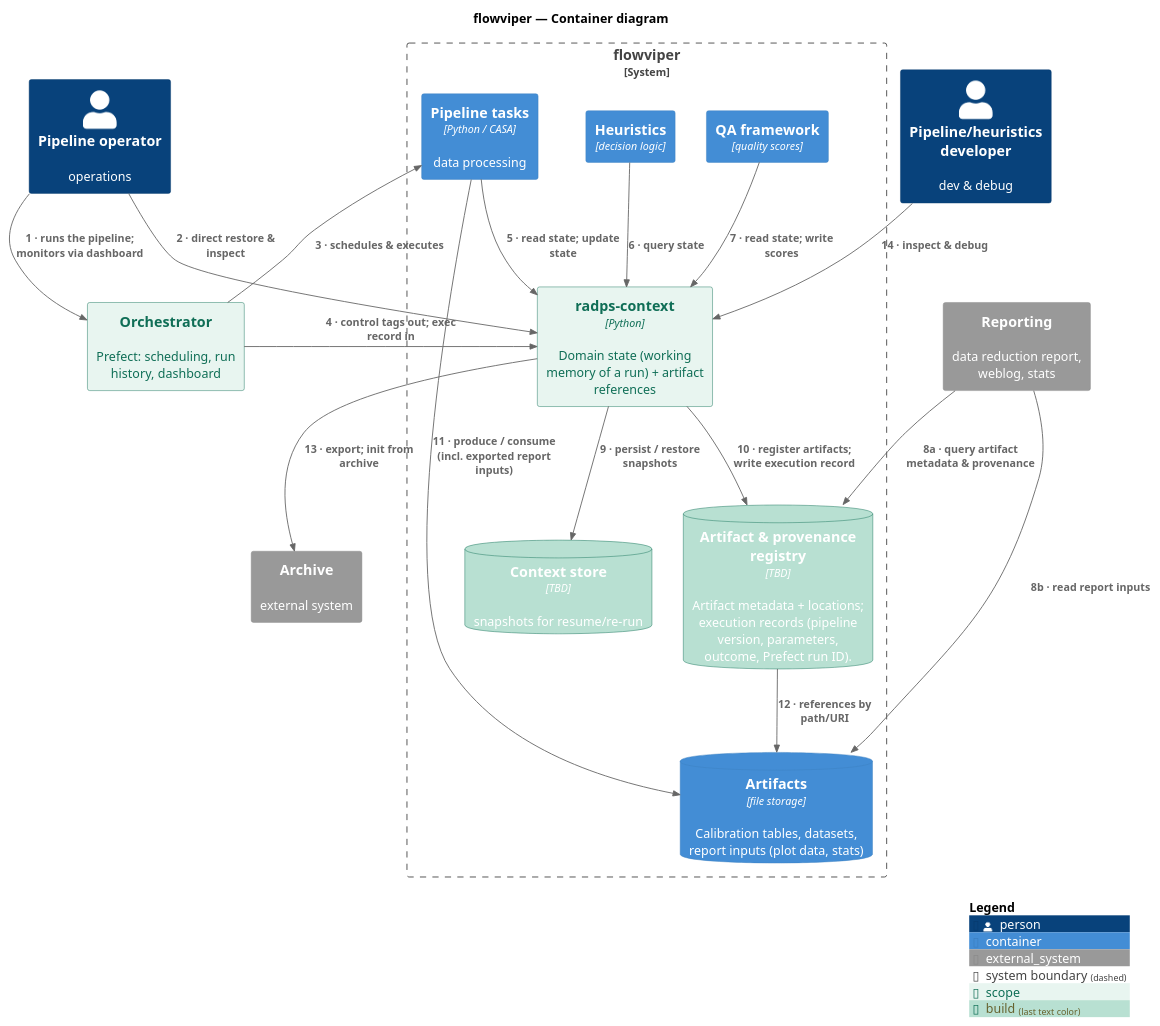
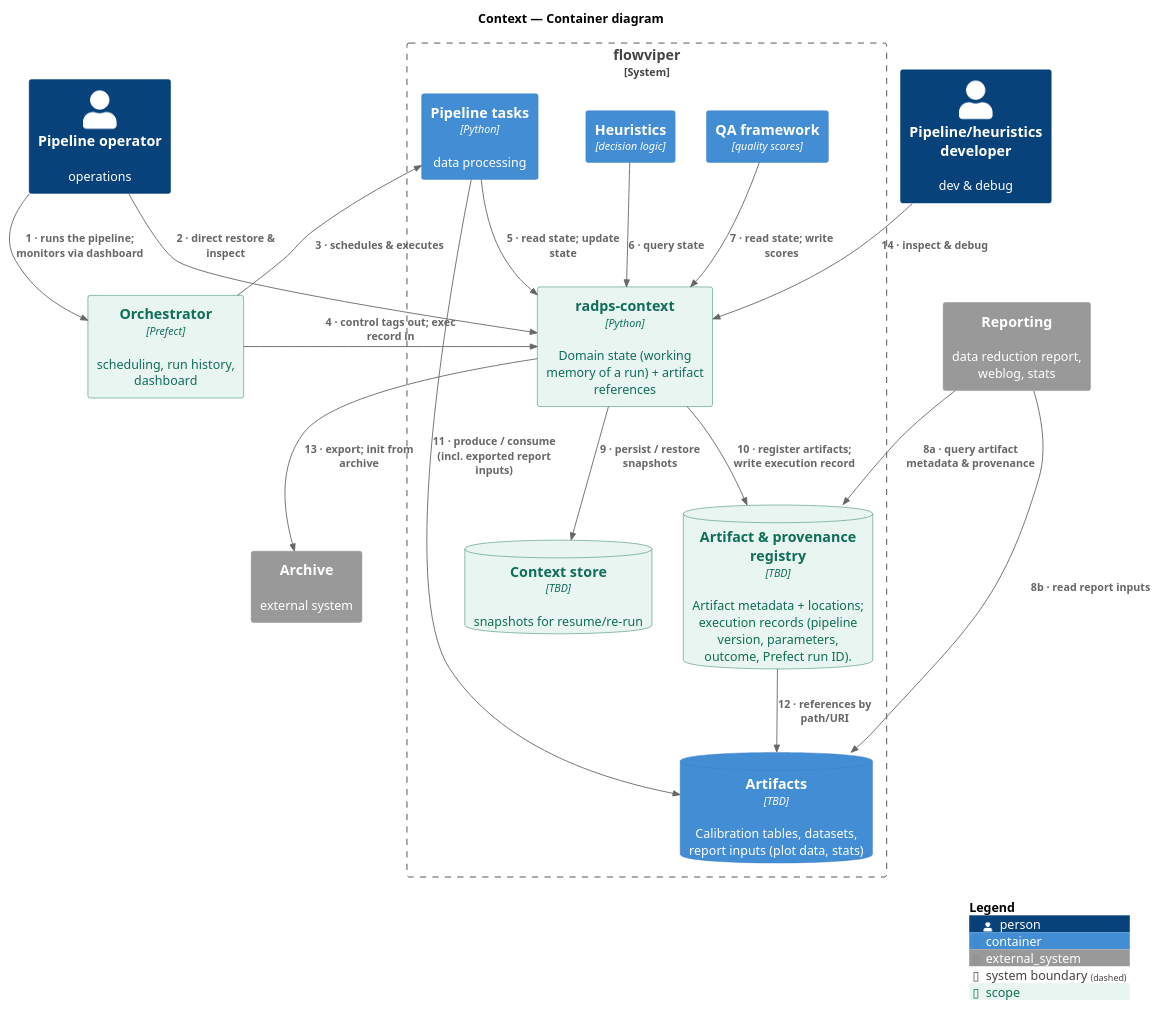
The diagram in docs/diagrams/container_diagram.puml (casangi/radps-context), drawn with PlantUML before and after one commit. The commit also changed 1 other file, not shown here.

Commit message:
Remove unneeded build color from container diagram. Clean up labelling

```diff
--- a/docs/diagrams/container_diagram.puml
+++ b/docs/diagrams/container_diagram.puml
@@ -1,45 +1,44 @@
 @startuml
 !include https://raw.githubusercontent.com/plantuml-stdlib/C4-PlantUML/master/C4_Container.puml
 
 ' --- tags ---
 AddElementTag("scope", $bgColor="#E8F5F0", $borderColor="#0F6E56", $fontColor="#0F6E56")
-AddElementTag("build", $bgColor="#B8E0D2", $borderColor="#0F6E56")
 
-title flowviper — Container diagram 
+title Context — Container diagram 
 
 Person(operator, "Pipeline operator", "operations")
 Person(developer, "Pipeline/heuristics developer", "dev & debug")
 
-System_Ext(orchestrator, "Orchestrator", "Prefect: scheduling, run history, dashboard", $tags="scope")
+Container(orchestrator, "Orchestrator", "Prefect", "scheduling, run history, dashboard", $tags="scope")
 System_Ext(reporting, "Reporting", "data reduction report, weblog, stats")
 System_Ext(archive, "Archive", "external system")
 
 System_Boundary(pipeline, "flowviper") {
-  Container(radps_context, "radps-context", "Python", "Domain state (working memory of a run) + artifact references", $tags="scope+build")
-  Container(tasks, "Pipeline tasks", "Python / CASA", "data processing")
+  Container(radps_context, "radps-context", "Python", "Domain state (working memory of a run) + artifact references", $tags="scope")
+  Container(tasks, "Pipeline tasks", "Python", "data processing")
   Container(heuristics, "Heuristics", "decision logic")
   Container(qa, "QA framework", "quality scores")
-  ContainerDb(context_db, "Context store", "TBD", "snapshots for resume/re-run", $tags="build")
-  ContainerDb(registry, "Artifact & provenance registry", "TBD", "Artifact metadata + locations; execution records (pipeline version, parameters, outcome, Prefect run ID).", $tags="build")
-  ContainerDb(artifacts, "Artifacts", "file storage", "Calibration tables, datasets, report inputs (plot data, stats)")
+  ContainerDb(context_db, "Context store", "TBD", "snapshots for resume/re-run", $tags="scope")
+  ContainerDb(registry, "Artifact & provenance registry", "TBD", "Artifact metadata + locations; execution records (pipeline version, parameters, outcome, Prefect run ID).", $tags="scope")
+  ContainerDb(artifacts, "Artifacts", "TBD", "Calibration tables, datasets, report inputs (plot data, stats)")
 }
 
 ' --- relationships ---
 Rel(operator, orchestrator, "1 · runs the pipeline; monitors via dashboard")
 Rel(operator, radps_context, "2 · direct restore & inspect")
 Rel(orchestrator, tasks, "3 · schedules & executes")
 Rel_U(orchestrator, radps_context, "4 · control tags out; exec record in")
 Rel(tasks, radps_context, "5 · read state; update state")
 Rel(heuristics, radps_context, "6 · query state")
 Rel(qa, radps_context, "7 · read state; write scores")
 Rel(reporting, registry, "8a · query artifact metadata & provenance")
 Rel(reporting, artifacts, "8b · read report inputs")
 Rel(radps_context, context_db, "9 · persist / restore snapshots")
 Rel(radps_context, registry, "10 · register artifacts; write execution record")
 Rel(tasks, artifacts, "11 · produce / consume (incl. exported report inputs)")
 Rel(registry, artifacts, "12 · references by path/URI")
 Rel(radps_context, archive, "13 · export; init from archive")
 Rel(developer, radps_context, "14 · inspect & debug")
 
 SHOW_LEGEND()
 @enduml
```
